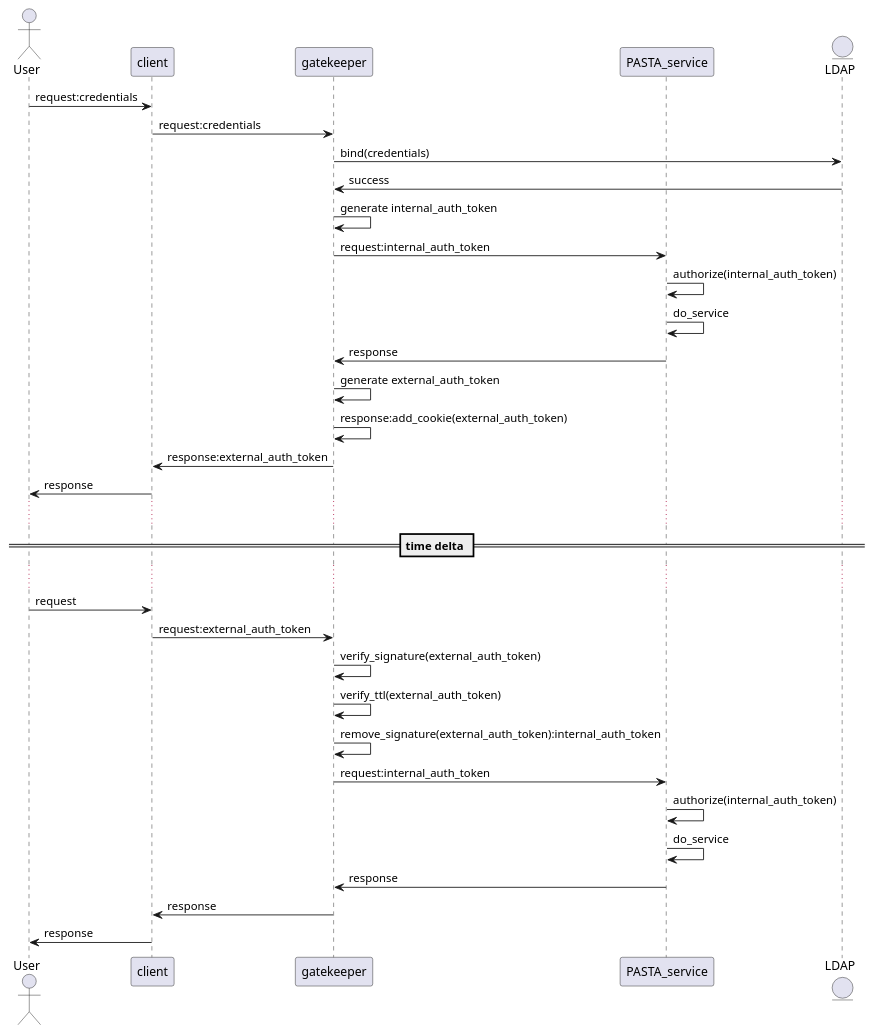
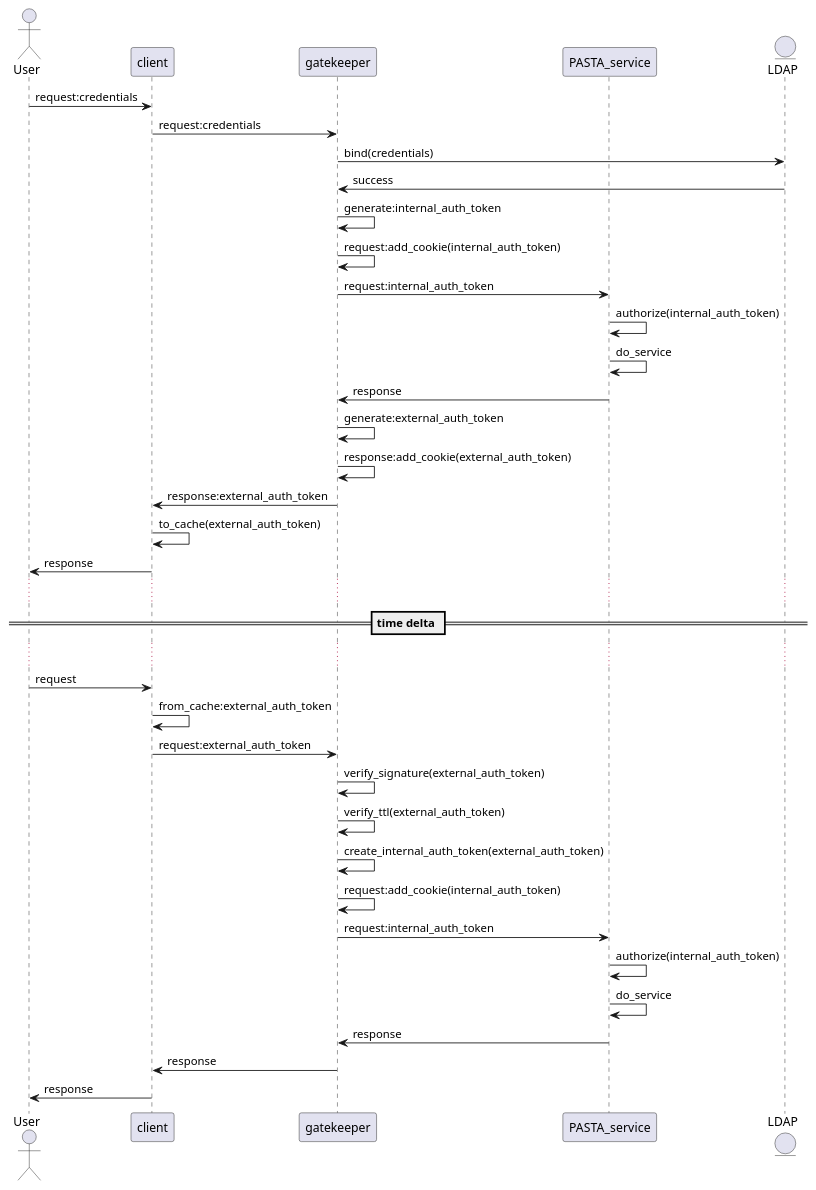
The diagram in documentation/doc_tree/pasta_arch/images/PASTAplus_authentication.puml (PASTAplus/PASTA), drawn with PlantUML before and after one commit. The commit also changed 2 other files, not shown here.

Commit message:
Refine content for Gatekeeper

```diff
--- a/documentation/doc_tree/pasta_arch/images/PASTAplus_authentication.puml
+++ b/documentation/doc_tree/pasta_arch/images/PASTAplus_authentication.puml
@@ -1,35 +1,39 @@
 @startuml
 actor User
 participant client
 participant gatekeeper
 participant PASTA_service
 entity LDAP
 
 User->client: request:credentials
 client->gatekeeper: request:credentials
 gatekeeper->LDAP: bind(credentials)
 LDAP->gatekeeper: success
-gatekeeper->gatekeeper: generate internal_auth_token
+gatekeeper->gatekeeper: generate:internal_auth_token
+gatekeeper->gatekeeper: request:add_cookie(internal_auth_token)
 gatekeeper->PASTA_service: request:internal_auth_token
 PASTA_service->PASTA_service: authorize(internal_auth_token)
 PASTA_service->PASTA_service: do_service
 PASTA_service->gatekeeper: response
-gatekeeper->gatekeeper: generate external_auth_token
+gatekeeper->gatekeeper: generate:external_auth_token
 gatekeeper->gatekeeper: response:add_cookie(external_auth_token)
 gatekeeper->client: response:external_auth_token
+client->client: to_cache(external_auth_token)
 client->User: response
 ...
 == time delta ==
 ...
 User->client: request
+client->client: from_cache:external_auth_token
 client->gatekeeper: request:external_auth_token
 gatekeeper->gatekeeper: verify_signature(external_auth_token)
 gatekeeper->gatekeeper: verify_ttl(external_auth_token)
-gatekeeper->gatekeeper: remove_signature(external_auth_token):internal_auth_token
+gatekeeper->gatekeeper: create_internal_auth_token(external_auth_token)
+gatekeeper->gatekeeper: request:add_cookie(internal_auth_token)
 gatekeeper->PASTA_service: request:internal_auth_token
 PASTA_service->PASTA_service: authorize(internal_auth_token)
 PASTA_service->PASTA_service: do_service
 PASTA_service->gatekeeper: response
 gatekeeper->client: response
 client->User: response
 @enduml
```
